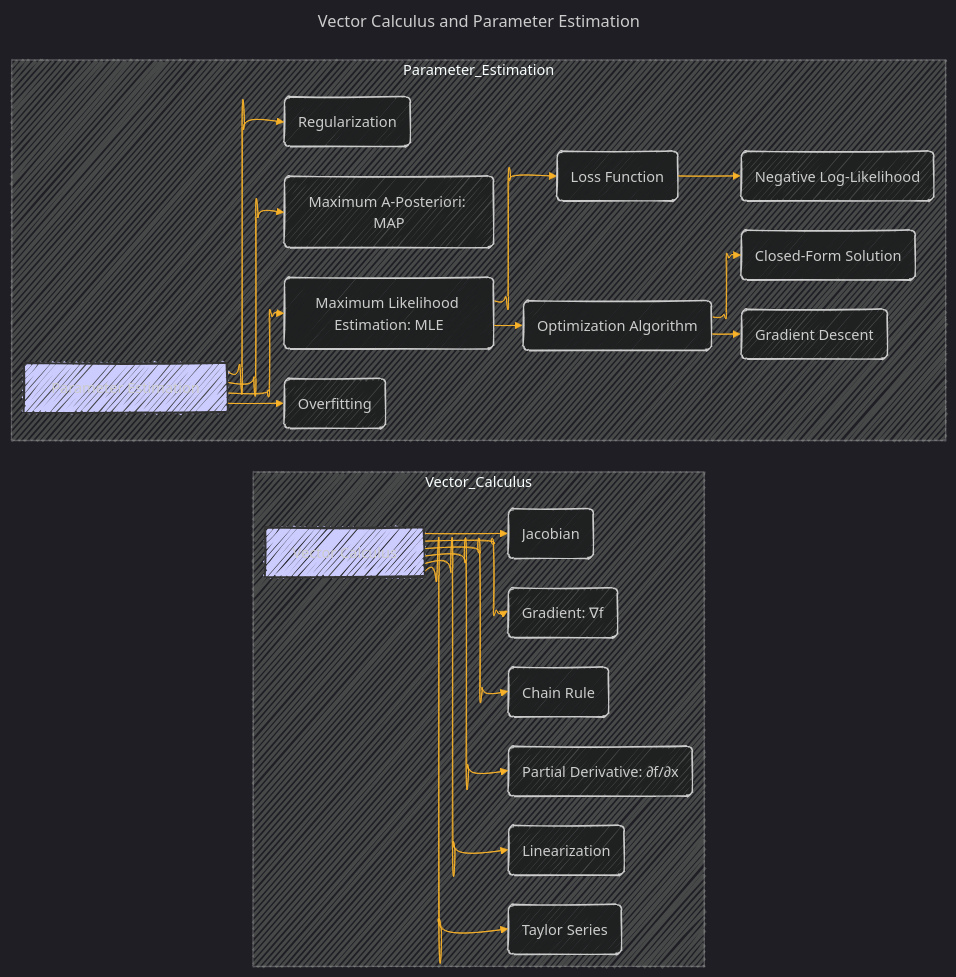
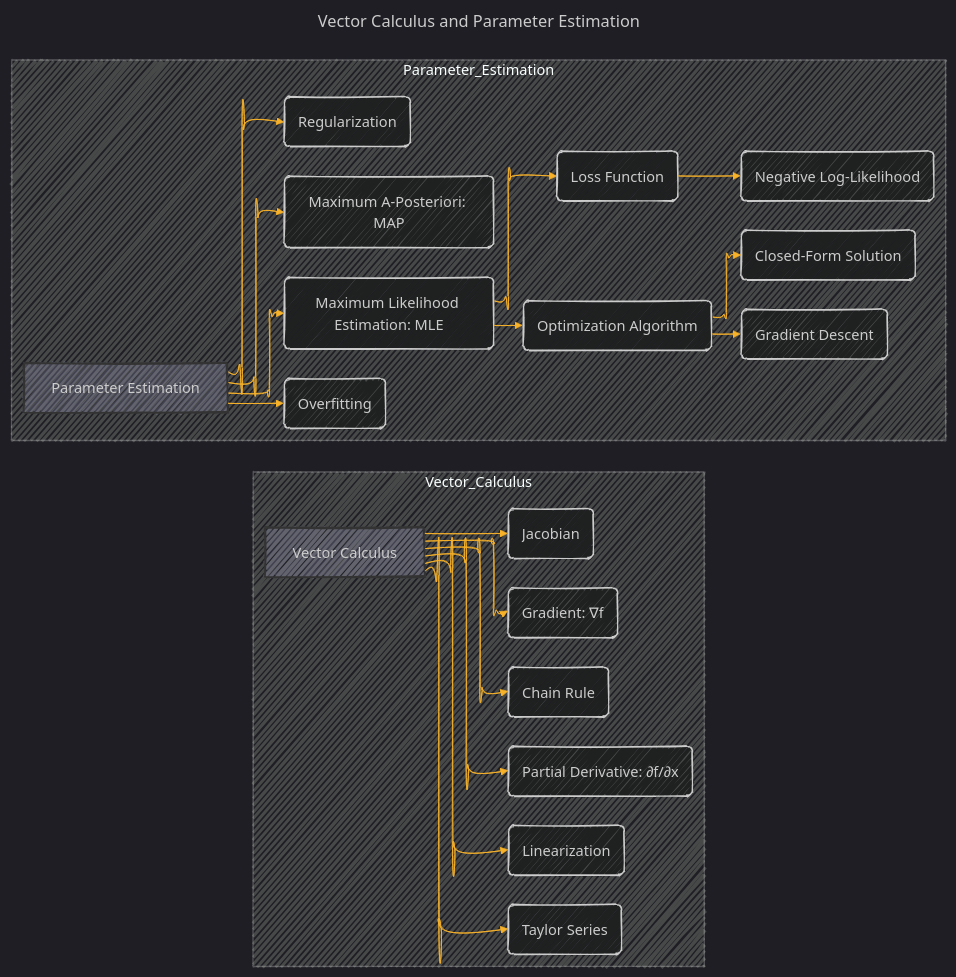
The third of 8 diagrams in BOOK_Graduate_Texts_in_Mathematics-Graph_Theory/Graph_Theory_Overview_Draft_4.md (CongLeSolutionX/AlgoVerse), drawn with Mermaid before and after one commit.

Commit message:
update notes

````diff
--- a/BOOK_Graduate_Texts_in_Mathematics-Graph_Theory/Graph_Theory_Overview_Draft_4.md
+++ b/BOOK_Graduate_Texts_in_Mathematics-Graph_Theory/Graph_Theory_Overview_Draft_4.md
@@ -186,54 +186,54 @@
 ```mermaid
 ---
 title: "Vector Calculus and Parameter Estimation"
 author: "Cong Le"
 version: "1.0"
 license(s): "MIT, CC BY 4.0"
 copyright: "Copyright (c) 2025 Cong Le. All Rights Reserved."
 config:
   layout: elk
   look: handDrawn
   theme: dark
 ---
 %%%%%%%% Mermaid version v11.4.1-b.14
 %%%%%%%% Toggle theme value to `base` to activate the initilization below for the customized theme version.
 %%%%%%%% Available curve styles include the following keywords:
 %% basis, bumpX, bumpY, cardinal, catmullRom, linear, monotoneX, monotoneY, natural, step, stepAfter, stepBefore.
 %%{
   init: {
     "flowchart": { "htmlLabels": false, 'curve': 'natural' },
     'fontFamily': 'Fantasy',
     'themeVariables': {
       'primaryColor': '#ffff',
       'primaryTextColor': '#55ff',
       'primaryBorderColor': '#7c2',
       'lineColor': '#F8B229',
       'secondaryColor': '#006100',
       'tertiaryColor': '#fff'
     }
   }
 }%%
 graph LR
     subgraph Vector_Calculus
         A[Vector Calculus] --> B(Gradient: ∇f);
         A --> C(Partial Derivative: ∂f/∂x);
         A --> D(Jacobian);
         A --> E(Linearization);
         A --> F(Taylor Series);
         A --> G(Chain Rule);
     end
 
     subgraph Parameter_Estimation
         H[Parameter Estimation] --> I(Maximum Likelihood Estimation: MLE);
         I --> J(Loss Function);
         J --> K(Negative Log-Likelihood);
         I --> L(Optimization Algorithm);
         L --> M(Gradient Descent);
         L --> N(Closed-Form Solution);
         H --> O(Regularization);
         H --> P(Maximum A-Posteriori: MAP);
         H --> R(Overfitting);
     end
-    style A fill:#ccf,stroke:#333,stroke-width:2px
-    style H fill:#ccf,stroke:#333,stroke-width:2px
+    style A fill:#ccf3,stroke:#333,stroke-width:2px
+    style H fill:#ccf3,stroke:#333,stroke-width:2px
 ```
````
